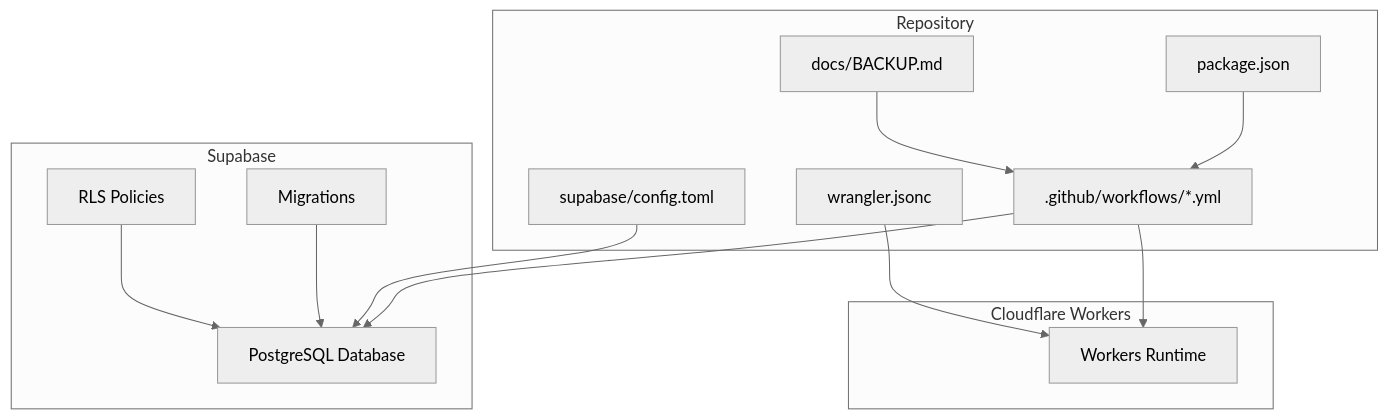
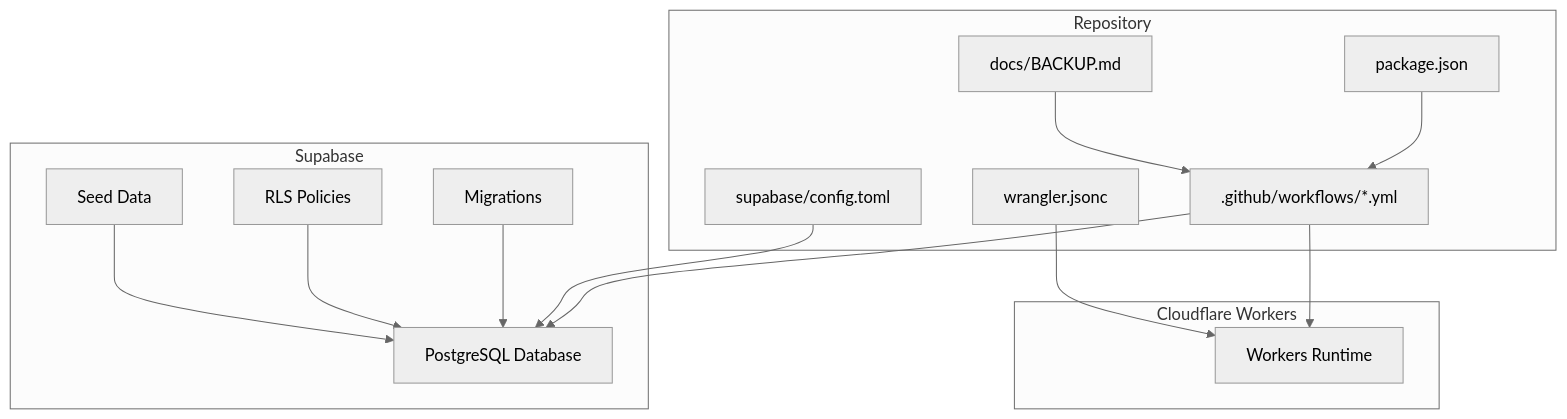
The first of 9 diagrams in .qoder/repowiki/en/content/Deployment and DevOps.md (gastaldellomarco/pcReady), drawn with Mermaid (neutral theme) before and after one commit. The commit also changed other lines of this file and 16 other files, not shown here.

````diff
--- a/.qoder/repowiki/en/content/Deployment and DevOps.md
+++ b/.qoder/repowiki/en/content/Deployment and DevOps.md
@@ -41,26 +53,28 @@
 ```mermaid
 graph TB
 subgraph "Repository"
 GH[".github/workflows/*.yml"]
 WJ["wrangler.jsonc"]
 ST["supabase/config.toml"]
 PKG["package.json"]
 DOC["docs/BACKUP.md"]
 end
 subgraph "Cloudflare Workers"
 CF["Workers Runtime"]
 end
 subgraph "Supabase"
 PG["PostgreSQL Database"]
 MIG["Migrations"]
 RLS["RLS Policies"]
+SEED["Seed Data"]
 end
 GH --> CF
 WJ --> CF
 GH --> PG
 ST --> PG
 MIG --> PG
 RLS --> PG
+SEED --> PG
 PKG --> GH
 DOC --> GH
 ```
````
